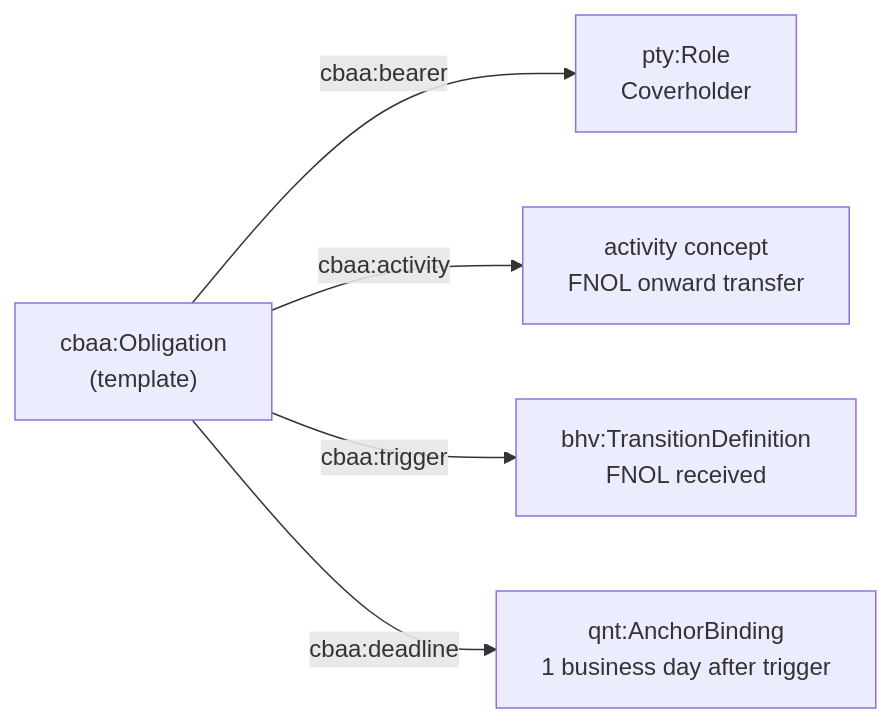
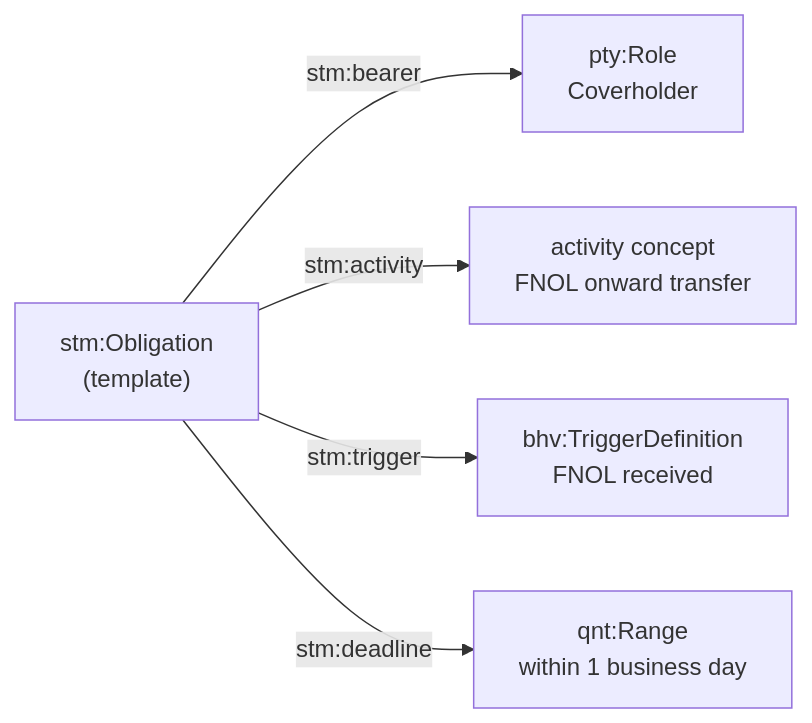
One commit to nebularis/open-cbaa changed diagram 20 of 52 in docs/architecture.md. Above: the diagram before and after it, drawn with Mermaid. The commit also changed other lines of this file and 44 other files, not shown here.

````diff
--- a/docs/architecture.md
+++ b/docs/architecture.md
@@ -452,7 +458,7 @@
 ```mermaid
 flowchart LR
-    OB["cbaa:Obligation<br/>(template)"] -->|"cbaa:bearer"| RO["pty:Role<br/>Coverholder"]
-    OB -->|"cbaa:activity"| AC["activity concept<br/>FNOL onward transfer"]
-    OB -->|"cbaa:trigger"| TR["bhv:TransitionDefinition<br/>FNOL received"]
-    OB -->|"cbaa:deadline"| DL["qnt:AnchorBinding<br/>1 business day after trigger"]
+    OB["stm:Obligation<br/>(template)"] -->|"stm:bearer"| RO["pty:Role<br/>Coverholder"]
+    OB -->|"stm:activity"| AC["activity concept<br/>FNOL onward transfer"]
+    OB -->|"stm:trigger"| TR["bhv:TriggerDefinition<br/>FNOL received"]
+    OB -->|"stm:deadline"| DL["qnt:Range<br/>within 1 business day"]
 ```
````
